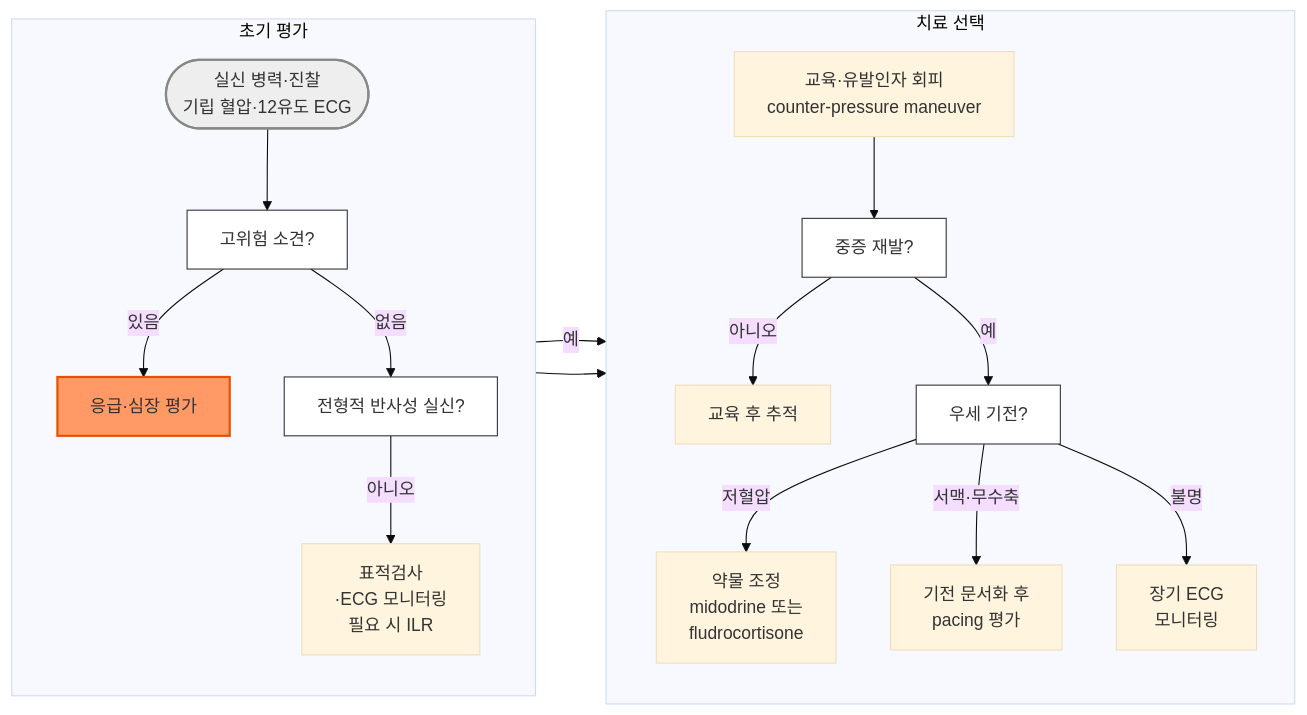
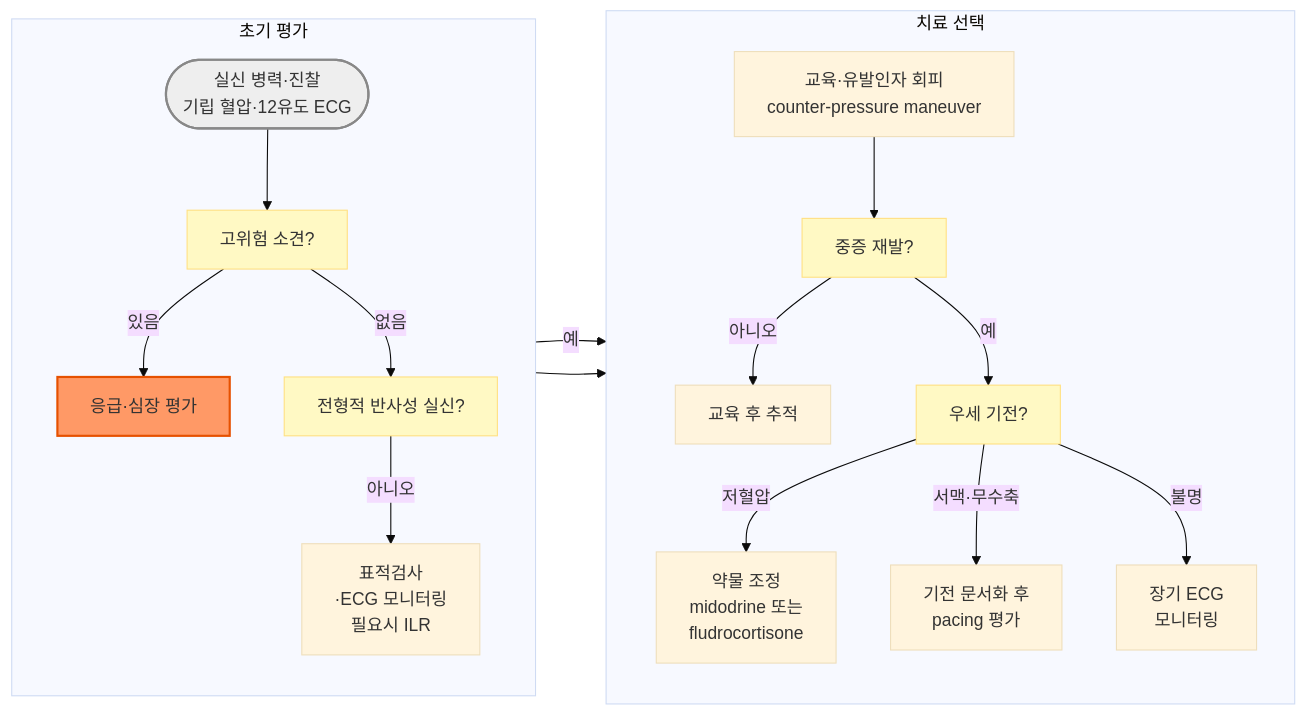
One commit to familyoh77/familyoh77 changed the diagram in 221_/022_-reflex-syncope.md. Above: the diagram before and after it, drawn with Mermaid (base theme). The commit also changed other lines of this file and 4 other files, not shown here.

````diff
--- a/221_/022_-reflex-syncope.md
+++ b/221_/022_-reflex-syncope.md
@@ -128,27 +129,27 @@
 ```mermaid
 flowchart LR
     subgraph DX["초기 평가"]
         direction TB
         A(["실신 병력·진찰<br/>기립 혈압·12유도 ECG"]) --> B["고위험 소견?"]
         B -->|있음| C["응급·심장 평가"]
         B -->|없음| D["전형적 반사성 실신?"]
-        D -->|아니오| E["표적검사<br/>·ECG 모니터링<br/>필요 시 ILR"]
+        D -->|아니오| E["표적검사<br/>·ECG 모니터링<br/>필요시 ILR"]
     end
     subgraph TX["치료 선택"]
         direction TB
         F["교육·유발인자 회피<br/>counter-pressure maneuver"] --> G["중증 재발?"]
         G -->|아니오| H["교육 후 추적"]
         G -->|예| I["우세 기전?"]
         I -->|저혈압| J["약물 조정<br/>midodrine 또는 <br/>fludrocortisone"]
         I -->|서맥·무수축| K["기전 문서화 후<br/>pacing 평가"]
         I -->|불명| L["장기 ECG <br/>모니터링"]
     end
     D -->|예| F
     E --> L
     classDef startNode fill:#eeeeee,stroke:#888888,stroke-width:2px
-    classDef questionNode fill:#fff,stroke:#333
+    classDef questionNode fill:#fff9c4,stroke:#ffe082
     classDef urgentNode fill:#f96,stroke:#e65100,stroke-width:2px
     class A startNode
     class B,D,G,I questionNode
     class C urgentNode
 ```
````
